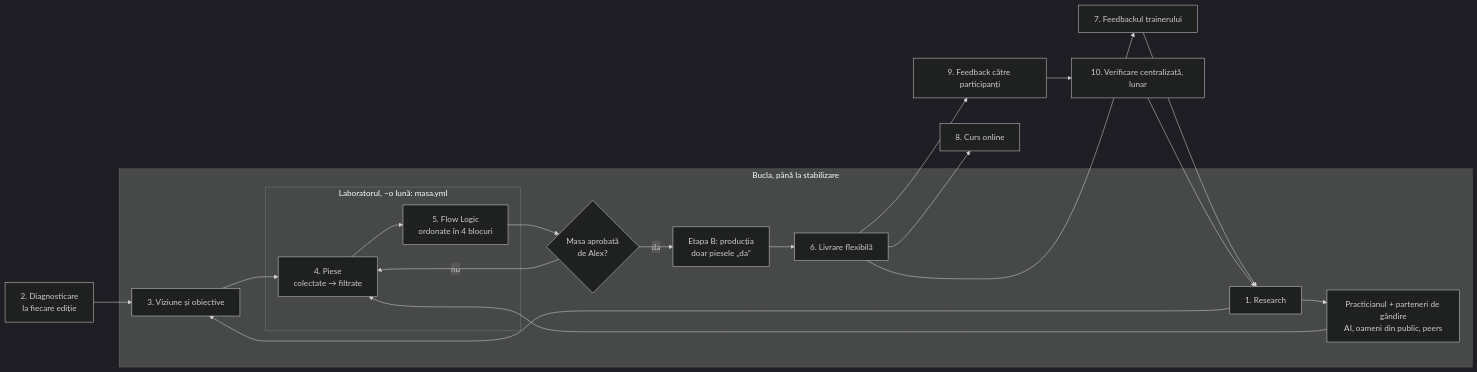
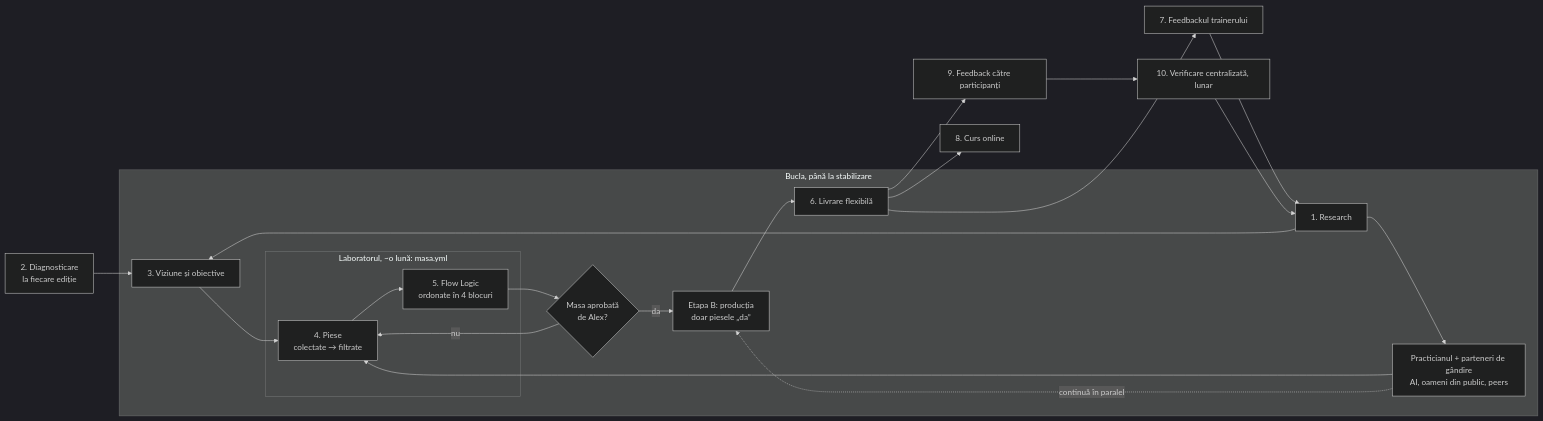
Before and after one commit to alexandrumolea/AgentsTeam: the diagram in docs/procese/curs-nou.md, drawn with Mermaid (dark theme). The commit also changed other lines of this file and 1 other file, not shown here.

Commit message:
Proces curs nou: Laboratorul (etapa A) continuă în paralel cu producția (etapa B)

````diff
--- a/docs/procese/curs-nou.md
+++ b/docs/procese/curs-nou.md
@@ -25,20 +26,21 @@
 ```mermaid
 flowchart LR
   D[2. Diagnosticare<br/>la fiecare ediție] --> O
   subgraph Bucla["Bucla, până la stabilizare"]
     R[1. Research] --> O[3. Viziune și obiective]
     subgraph A["Laboratorul, ~o lună: masa.yml"]
       P[4. Piese<br/>colectate → filtrate] --> F[5. Flow Logic<br/>ordonate în 4 blocuri]
     end
     O --> P
     R --> PR[Practicianul + parteneri de gândire<br/>AI, oameni din public, peers]
     PR --> P
     F --> G{Masa aprobată<br/>de Alex?}
     G -- nu --> P
     G -- da --> B[Etapa B: producția<br/>doar piesele „da”] --> L[6. Livrare flexibilă]
+    PR -. continuă în paralel .-> B
   end
   L --> T[7. Feedbackul trainerului] --> R
   L --> C[8. Curs online]
   L --> FP[9. Feedback către participanți] --> V[10. Verificare centralizată, lunar]
   V --> R
 ```
````
